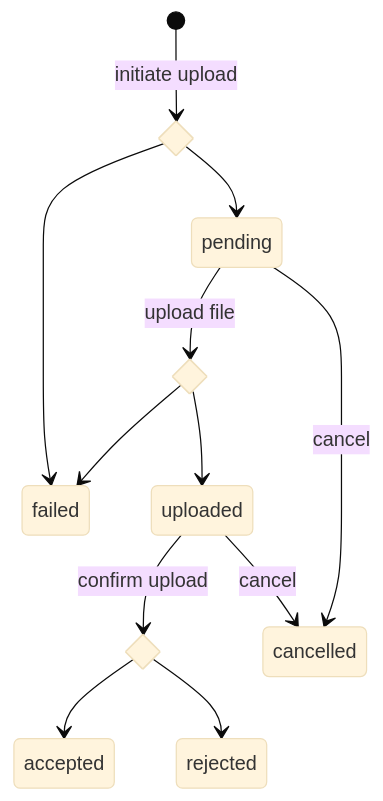
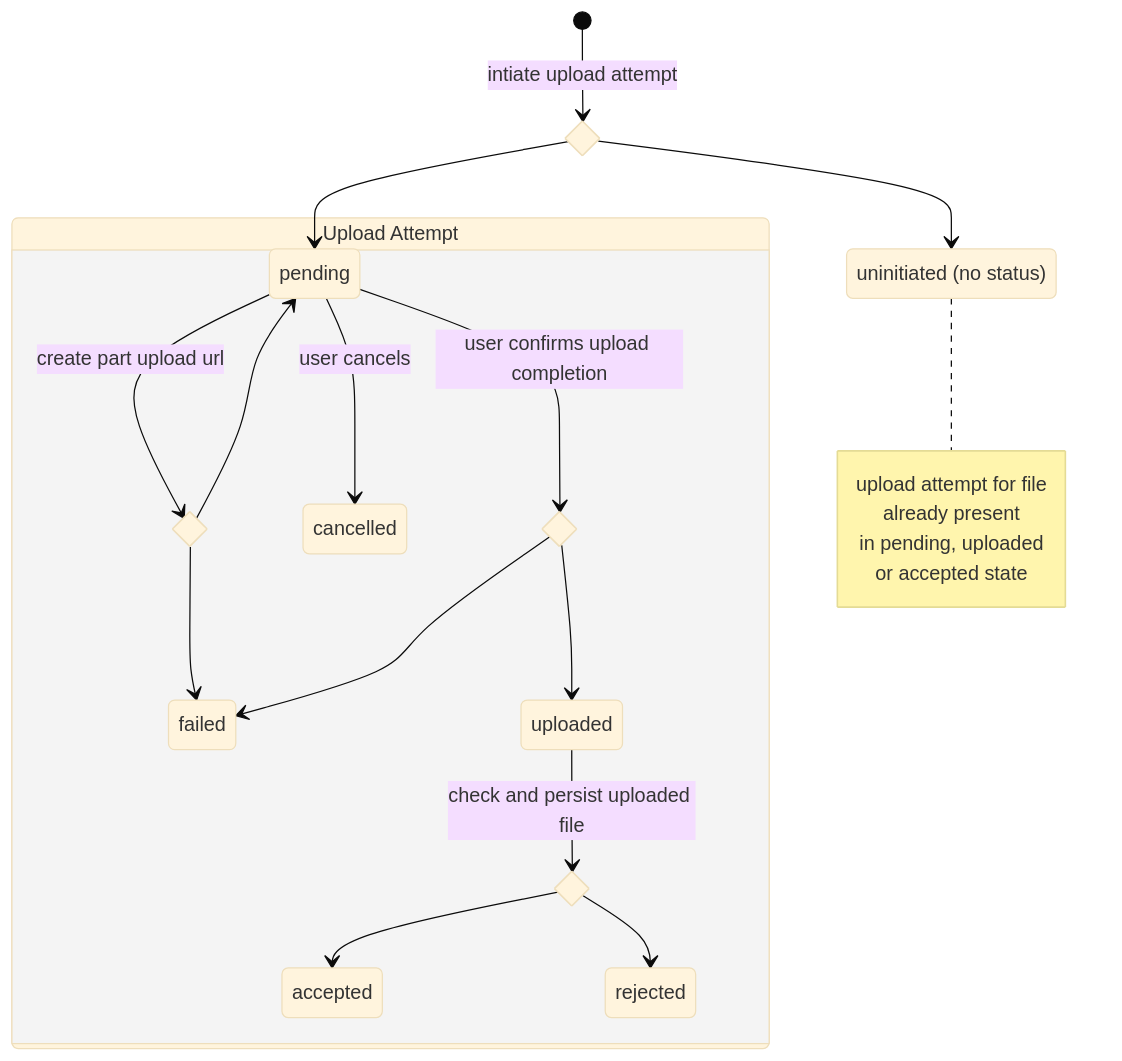
Before and after one commit to ghga-de/milestones-docs: the diagram in 4-star-nosed_mole/technical_specification.md, drawn with Mermaid (base theme).

Commit message:
Changed diagram to display actual flow

````diff
--- a/4-star-nosed_mole/technical_specification.md
+++ b/4-star-nosed_mole/technical_specification.md
@@ -73,17 +73,34 @@
 ```mermaid
 stateDiagram-v2
     state initiate <<choice>>
-    [*] --> initiate: initiate upload
+    state "uninitiated (no status)" as uninitiated
+    state "Upload Attempt" as upload_attempt
+
+    [*] --> initiate: intiate upload attempt
+    initiate --> uninitiated: 
+    note right of uninitiated
+    upload attempt for file
+    already present
+    in pending, uploaded 
+    or accepted state 
+    end note
     initiate --> pending
-    initiate --> failed
-    state upload <<choice>>
-    pending --> upload: upload file
-    upload --> uploaded
-    upload --> failed
-    state confirm <<choice>>
-    uploaded --> confirm: confirm upload
-    confirm --> accepted
-    confirm --> rejected
-    uploaded --> cancelled: cancel
-    pending --> cancelled: cancel
+    state upload_attempt {
+    state part_upload_choice <<choice>>
+    
+    pending --> part_upload_choice: create part upload url
+    part_upload_choice --> pending
+    part_upload_choice --> failed
+    
+    pending --> cancelled: user cancels
+    state confirm_choice <<choice>>
+    pending --> confirm_choice: user confirms upload completion
+    confirm_choice --> failed
+    confirm_choice --> uploaded
+    
+    state check_choice <<choice>>
+    uploaded --> check_choice: check and persist uploaded file
+    check_choice --> accepted
+    check_choice --> rejected
+    }
 ```
````
